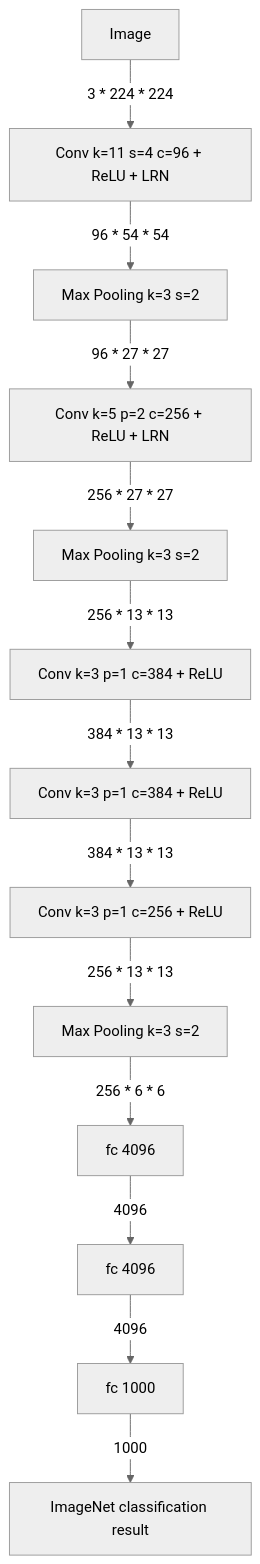
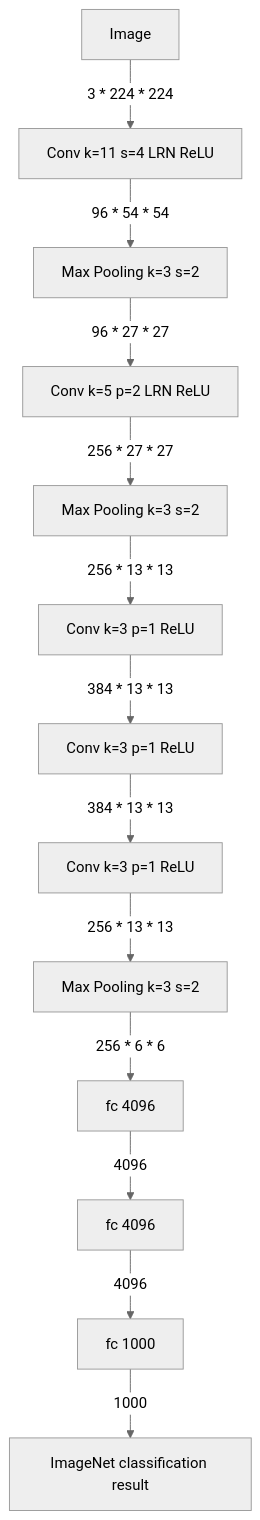
One commit to ybch14/ybch14.github.io changed the diagram in ImageNet_evolution/AlexNet.md. Above: the diagram before and after it, drawn with Mermaid (neutral theme). The commit also changed 3 other files, not shown here.

```diff
--- a/ImageNet_evolution/AlexNet.md
+++ b/ImageNet_evolution/AlexNet.md
@@ -37,28 +37,28 @@
 <div class="mermaid" id="mermaid-graph" style="display: block">
     graph TD;
     image["Image"];
-    conv1["Conv k=11 s=4 c=96 + ReLU + LRN"];
+    conv1["Conv k=11 s=4 LRN ReLU"];
     pool1["Max Pooling k=3 s=2"];
-    conv2["Conv k=5 p=2 c=256 + ReLU + LRN"];
+    conv2["Conv k=5 p=2 LRN ReLU"];
     pool2["Max Pooling k=3 s=2"];
-    conv3["Conv k=3 p=1 c=384 + ReLU"];
-    conv4["Conv k=3 p=1 c=384 + ReLU"];
-    conv5["Conv k=3 p=1 c=256 + ReLU"];
+    conv3["Conv k=3 p=1 ReLU"];
+    conv4["Conv k=3 p=1 ReLU"];
+    conv5["Conv k=3 p=1 ReLU"];
     pool5["Max Pooling k=3 s=2"];
     fc6["fc 4096"];
     fc7["fc 4096"];
     fc8["fc 1000"];
     pred["ImageNet classification result"];
     image -->|"3 * 224 * 224"| conv1;
     conv1 -->|"96 * 54 * 54"| pool1;
     pool1 -->|"96 * 27 * 27"| conv2;
     conv2 -->|"256 * 27 * 27"| pool2;
     pool2 -->|"256 * 13 * 13"| conv3;
     conv3 -->|"384 * 13 * 13"| conv4;
     conv4 -->|"384 * 13 * 13"| conv5;
     conv5 -->|"256 * 13 * 13"| pool5;
     pool5 -->|"256 * 6 * 6"| fc6;
     fc6 -->|"4096"| fc7;
     fc7 -->|"4096"| fc8;
     fc8 -->|"1000"| pred;
 </div>
```
